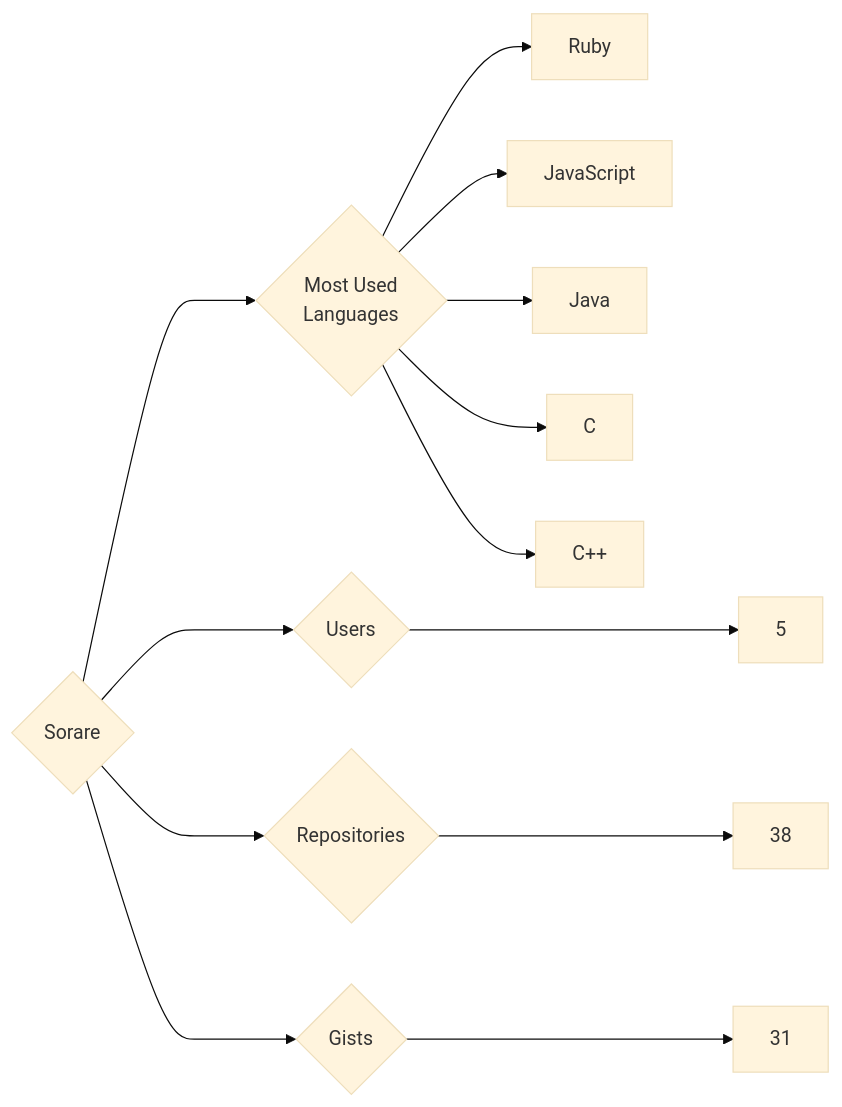
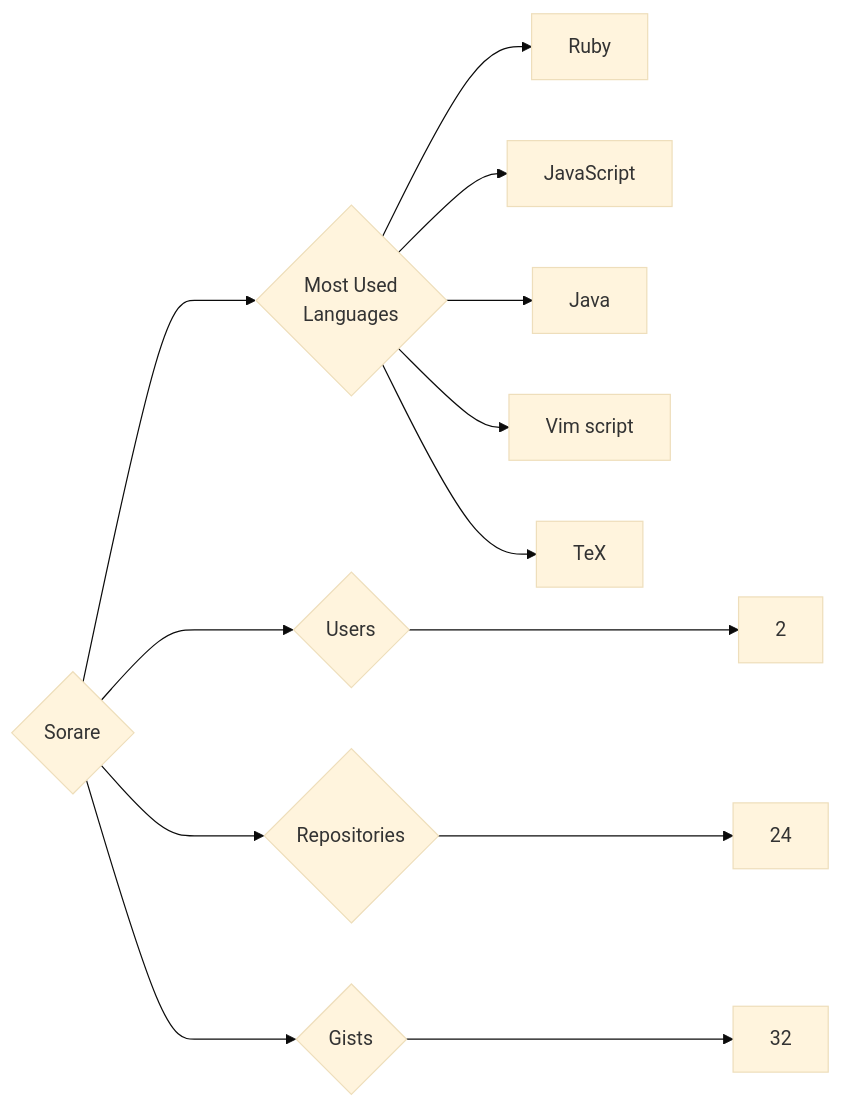
Before and after one commit to trickest/insiders: the diagram in targets/Sorare/README.md, drawn with Mermaid (base theme). The commit also changed 799 other files, not shown here.

````diff
--- a/targets/Sorare/README.md
+++ b/targets/Sorare/README.md
@@ -3,13 +3,13 @@
 ```mermaid
 graph LR
 COMPANY_NAME{Sorare}
-COMPANY_NAME ---> U{Users} ---> UN[5]
-COMPANY_NAME ---> R{Repositories} ---> RN[38]
-COMPANY_NAME ---> G{Gists} ---> GN[31]
+COMPANY_NAME ---> U{Users} ---> UN[2]
+COMPANY_NAME ---> R{Repositories} ---> RN[24]
+COMPANY_NAME ---> G{Gists} ---> GN[32]
 COMPANY_NAME ---> ML{Most Used<br>Languages}
 ML --> Ruby[Ruby]
 ML --> JavaScript[JavaScript]
 ML --> Java[Java]
-ML --> C[C]
-ML --> C++[C++]
+ML --> Vim_script[Vim script]
+ML --> TeX[TeX]
 ```
````
